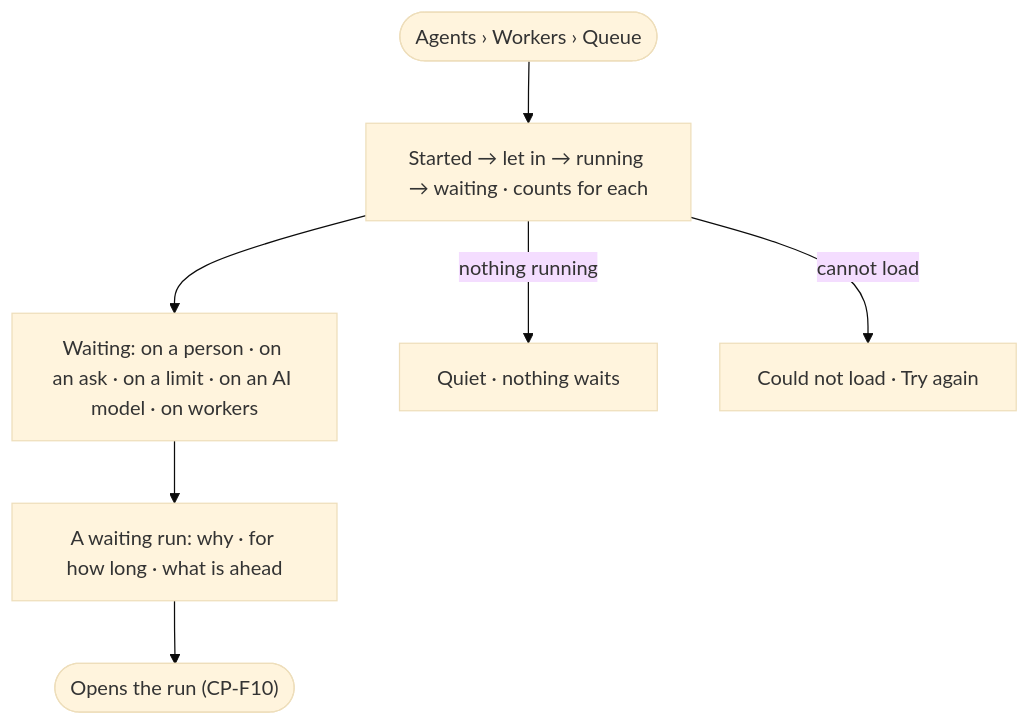
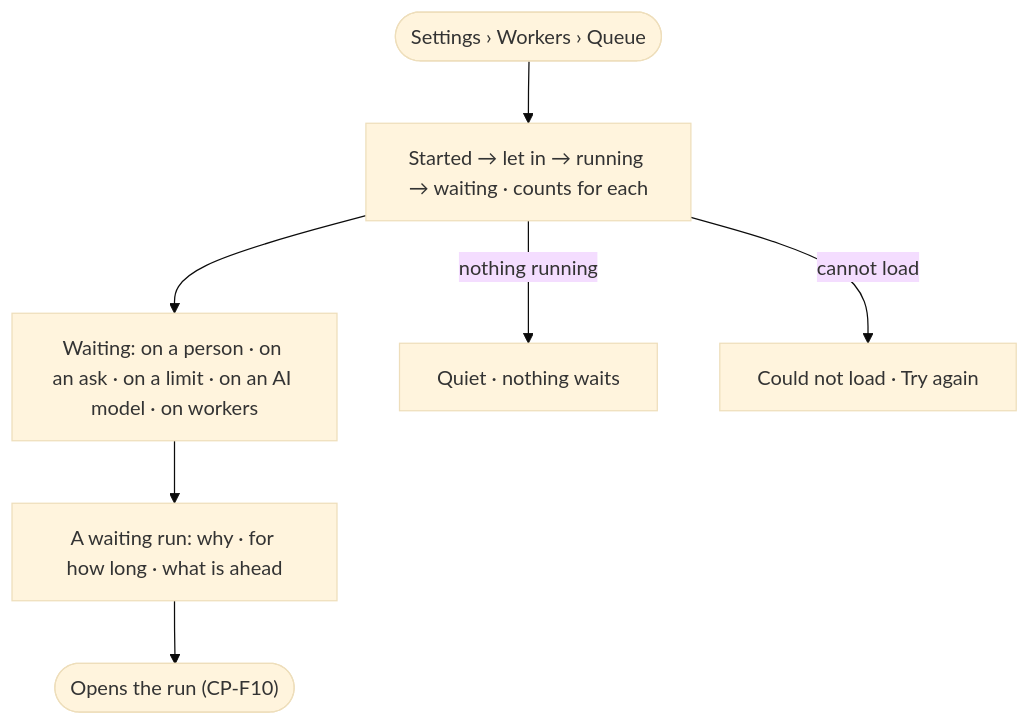
The diagram in specs/os/control/features/CP-F03-workers-and-the-queue/stories/CP-05-see-where-work-is-and-why-it-waits/story.md (invana/invana), drawn with Mermaid (base theme) before and after one commit. The commit also changed other lines of this file and 43 other files, not shown here.

First line of the commit message:
docs(specs): Agents mode keeps work; Plugins, Fleet, Workers move to Settings

````diff
--- a/specs/os/control/features/CP-F03-workers-and-the-queue/stories/CP-05-see-where-work-is-and-why-it-waits/story.md
+++ b/specs/os/control/features/CP-F03-workers-and-the-queue/stories/CP-05-see-where-work-is-and-why-it-waits/story.md
@@ -26,9 +26,9 @@
 ```mermaid
 flowchart TD
-  s([Agents › Workers › Queue]) --> f["Started → let in → running → waiting · counts for each"]
+  s([Settings › Workers › Queue]) --> f["Started → let in → running → waiting · counts for each"]
   f --> w["Waiting: on a person · on an ask · on a limit · on an AI model · on workers"]
   w --> one["A waiting run: why · for how long · what is ahead"]
   one --> run(["Opens the run (CP-F10)"])
   f -->|nothing running| q["Quiet · nothing waits"]
   f -->|cannot load| e["Could not load · Try again"]
 ```
````
